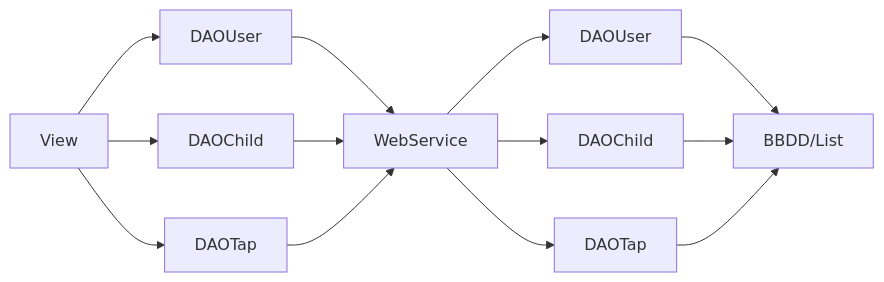
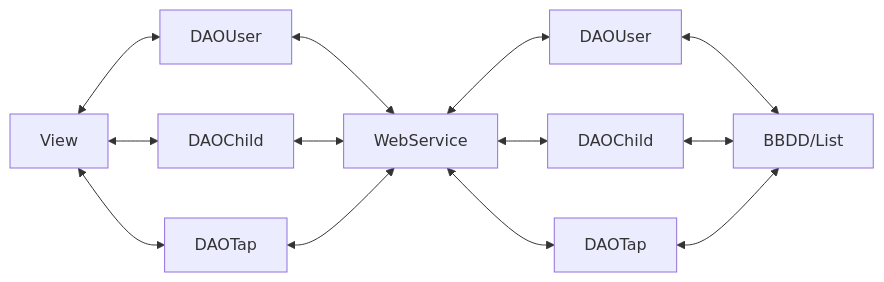
One commit to atlas-74/tapatapp changed the diagram in charts/Universal/Arquitectura.mermaid. Above: the diagram before and after it, drawn with Mermaid.

```diff
--- a/charts/Universal/Arquitectura.mermaid
+++ b/charts/Universal/Arquitectura.mermaid
@@ -1,13 +1,13 @@
 flowchart LR
-    A[View] --> B[DAOUser]
-    A --> C[DAOChild]
-    A --> D[DAOTap]
-    B --> E[WebService]
-    C --> E
-    D --> E
-    E --> F[DAOUser]
-    E --> G[DAOChild]
-    E --> H[DAOTap]
-    F --> I[BBDD/List]
-    G --> I
-    H --> I
+    A[View] <--> B[DAOUser]
+    A <--> C[DAOChild]
+    A <--> D[DAOTap]
+    B <--> E[WebService]
+    C <--> E
+    D <--> E
+    E <--> F[DAOUser]
+    E <--> G[DAOChild]
+    E <--> H[DAOTap]
+    F <--> I[BBDD/List]
+    G <--> I
+    H <--> I
```
